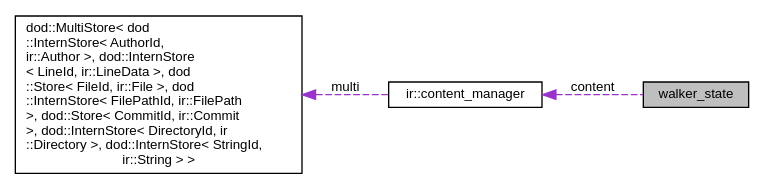
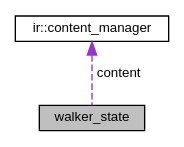
The diagram in structwalker__state__coll__graph.dot (haxscramper/code_forensics), drawn with Graphviz before and after one commit. The commit also changed 400 other files, not shown here.

```diff
--- a/structwalker__state__coll__graph.dot
+++ b/structwalker__state__coll__graph.dot
@@ -1,12 +1,9 @@
 digraph "walker_state"
 {
  // LATEX_PDF_SIZE
   edge [fontname="Helvetica",fontsize="10",labelfontname="Helvetica",labelfontsize="10"];
   node [fontname="Helvetica",fontsize="10",shape=record];
-  rankdir="LR";
   Node1 [label="walker_state",height=0.2,width=0.4,color="black", fillcolor="grey75", style="filled", fontcolor="black",tooltip="Mutable state passed around walker configurations."];
   Node2 -> Node1 [dir="back",color="darkorchid3",fontsize="10",style="dashed",label=" content" ,fontname="Helvetica"];
   Node2 [label="ir::content_manager",height=0.2,width=0.4,color="black", fillcolor="white", style="filled",URL="$structir_1_1content__manager.html",tooltip="Main store for repository analysis."];
-  Node3 -> Node2 [dir="back",color="darkorchid3",fontsize="10",style="dashed",label=" multi" ,fontname="Helvetica"];
-  Node3 [label="dod::MultiStore\< dod\l::InternStore\< AuthorId,\l ir::Author \>, dod::InternStore\l\< LineId, ir::LineData \>, dod\l::Store\< FileId, ir::File \>, dod\l::InternStore\< FilePathId, ir::FilePath\l \>, dod::Store\< CommitId, ir::Commit\l \>, dod::InternStore\< DirectoryId, ir\l::Directory \>, dod::InternStore\< StringId,\l ir::String \> \>",height=0.2,width=0.4,color="black", fillcolor="white", style="filled",URL="$structdod_1_1_multi_store.html",tooltip=" "];
 }
```
